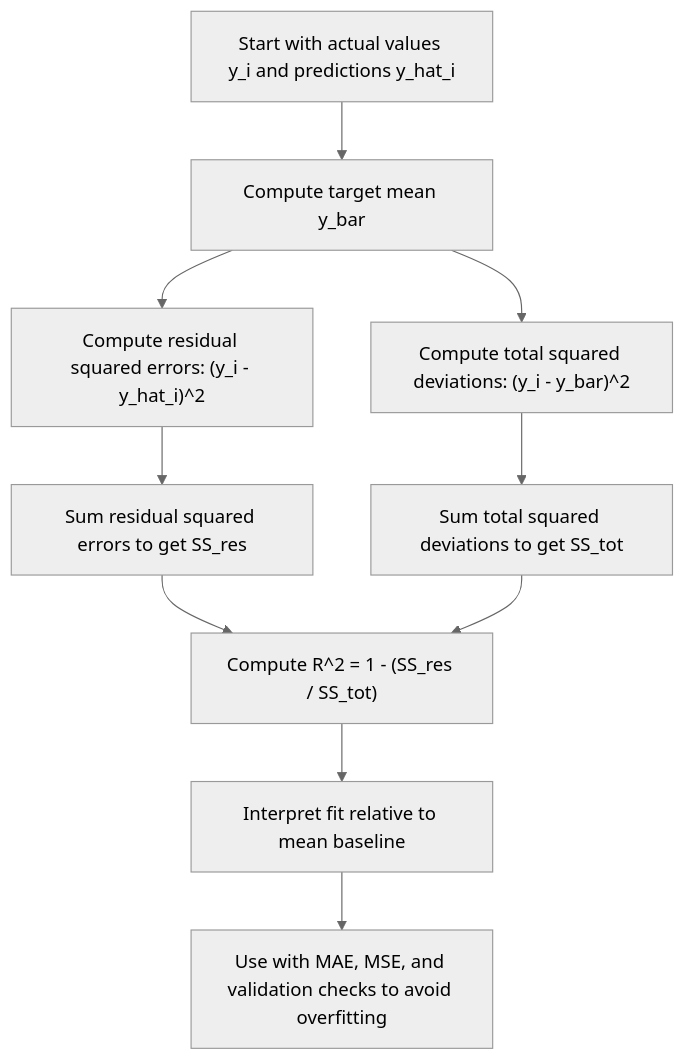
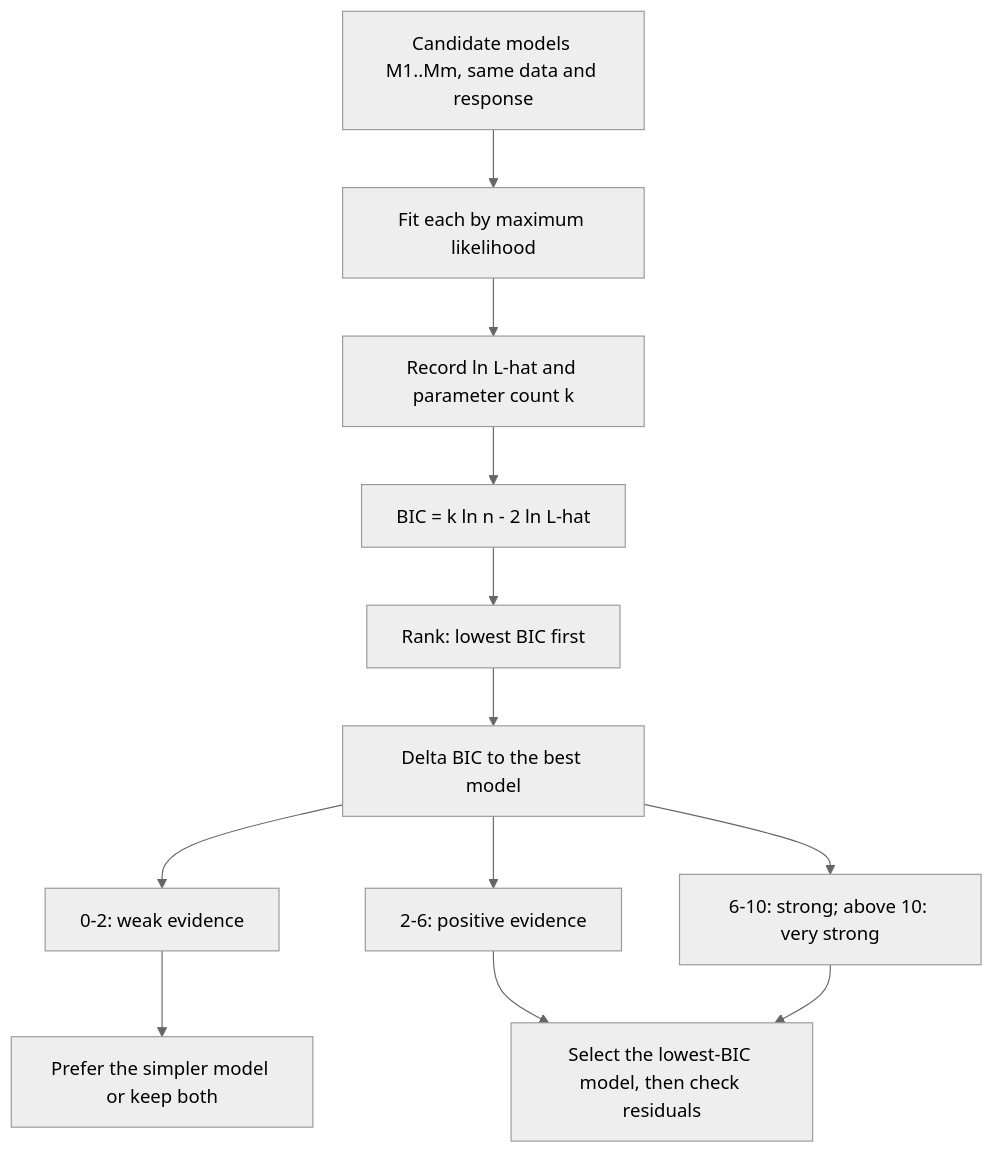
Before and after one commit to RafaelBraga-Kribitz/braga-portfolio-v2: the diagram in vault/Notes/en/06_ml_math/machine_learning_algorithms/model_selection_and_information_criteria/bayesian_information_criterion_bic.md, drawn with Mermaid (neutral theme). The commit also changed other lines of this file and 25 other files, not shown here.

````diff
--- a/vault/Notes/en/06_ml_math/machine_learning_algorithms/model_selection_and_information_criteria/bayesian_information_criterion_bic.md
+++ b/vault/Notes/en/06_ml_math/machine_learning_algorithms/model_selection_and_information_criteria/bayesian_information_criterion_bic.md
@@ -70,12 +23,14 @@
 ```mermaid
 flowchart TD
-    A["Start with actual values y_i and predictions y_hat_i"] --> B["Compute target mean y_bar"]
-    B --> C["Compute residual squared errors: (y_i - y_hat_i)^2"]
-    B --> D["Compute total squared deviations: (y_i - y_bar)^2"]
-    C --> E["Sum residual squared errors to get SS_res"]
-    D --> F["Sum total squared deviations to get SS_tot"]
-    E --> G["Compute R^2 = 1 - (SS_res / SS_tot)"]
-    F --> G["Compute R^2 = 1 - (SS_res / SS_tot)"]
-    G --> H["Interpret fit relative to mean baseline"]
-    H --> I["Use with MAE, MSE, and validation checks to avoid overfitting"]
+    A["Candidate models M1..Mm, same data and response"] --> B["Fit each by maximum likelihood"]
+    B --> C["Record ln L-hat and parameter count k"]
+    C --> D["BIC = k ln n - 2 ln L-hat"]
+    D --> E["Rank: lowest BIC first"]
+    E --> F["Delta BIC to the best model"]
+    F --> G["0-2: weak evidence"]
+    F --> H["2-6: positive evidence"]
+    F --> I["6-10: strong; above 10: very strong"]
+    G --> J["Prefer the simpler model or keep both"]
+    H --> K["Select the lowest-BIC model, then check residuals"]
+    I --> K
 ```
````
